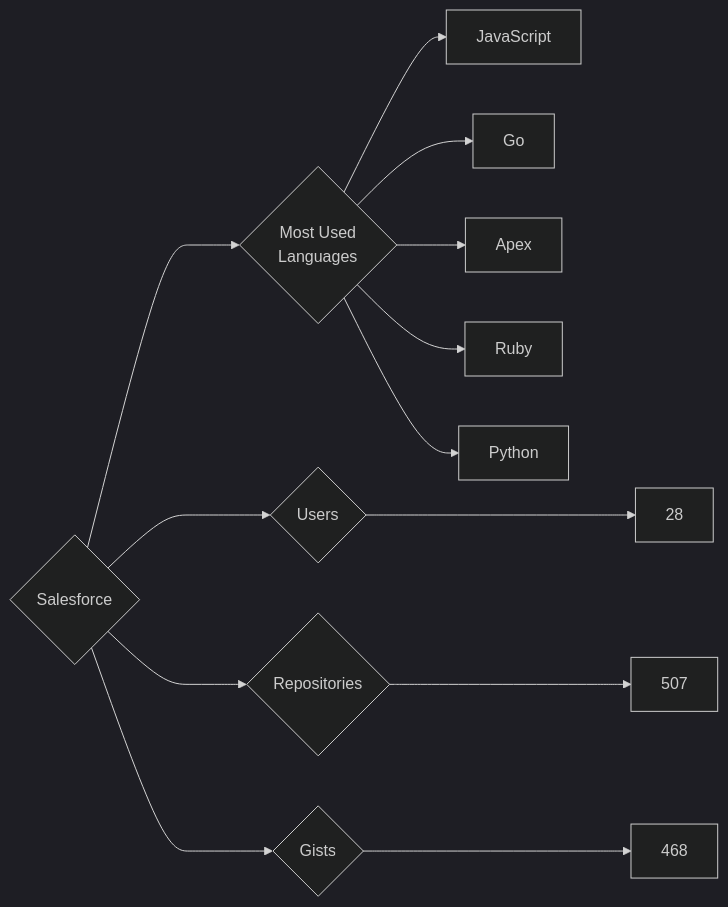
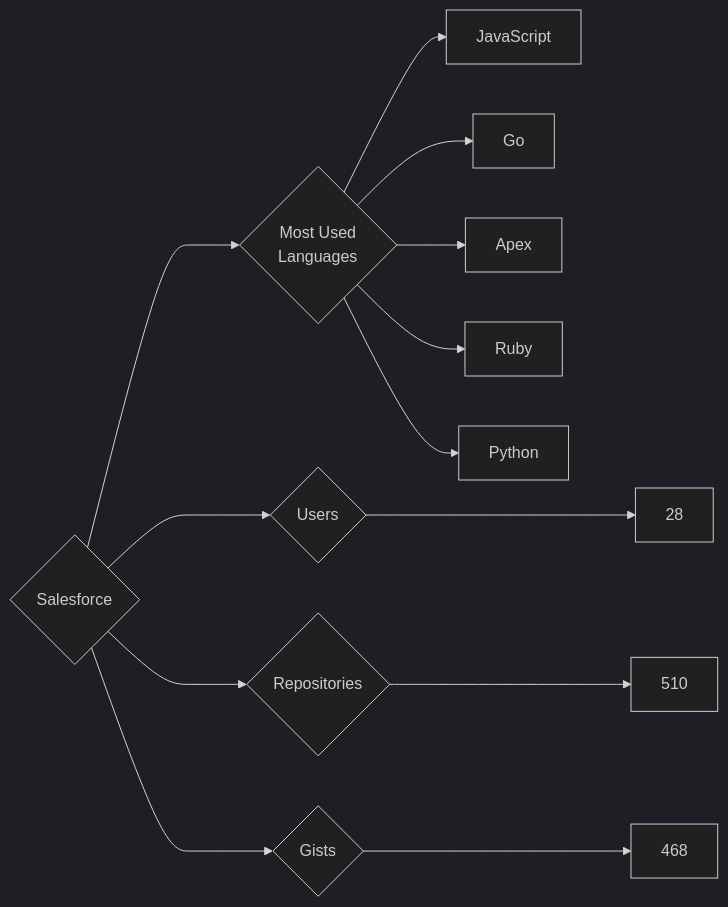
Before and after one commit to trickest/insiders: the diagram in targets/Salesforce/README.md, drawn with Mermaid (dark theme). The commit also changed 728 other files, not shown here.

````diff
--- a/targets/Salesforce/README.md
+++ b/targets/Salesforce/README.md
@@ -3,13 +3,13 @@
 ```mermaid
 graph LR
 COMPANY_NAME{Salesforce}
 COMPANY_NAME ---> U{Users} ---> UN[28]
-COMPANY_NAME ---> R{Repositories} ---> RN[507]
+COMPANY_NAME ---> R{Repositories} ---> RN[510]
 COMPANY_NAME ---> G{Gists} ---> GN[468]
 COMPANY_NAME ---> ML{Most Used<br>Languages}
 ML --> JavaScript[JavaScript]
 ML --> Go[Go]
 ML --> Apex[Apex]
 ML --> Ruby[Ruby]
 ML --> Python[Python]
 ```
````
